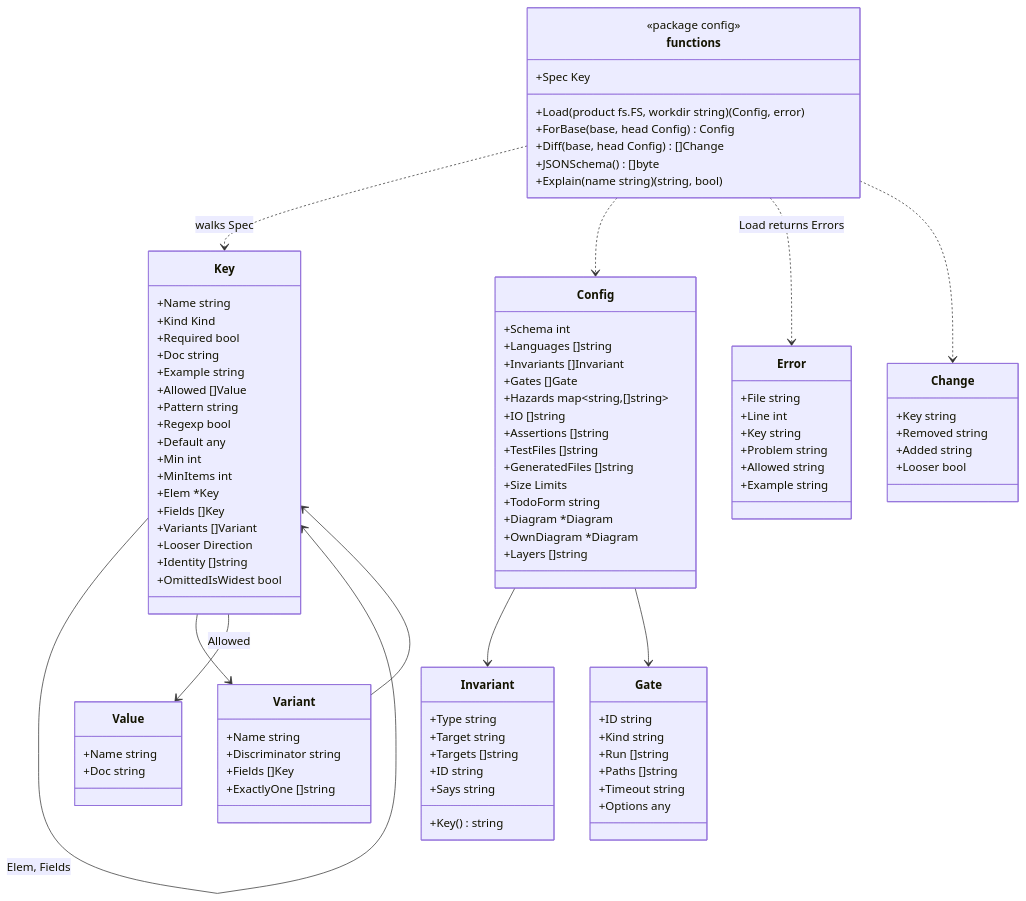
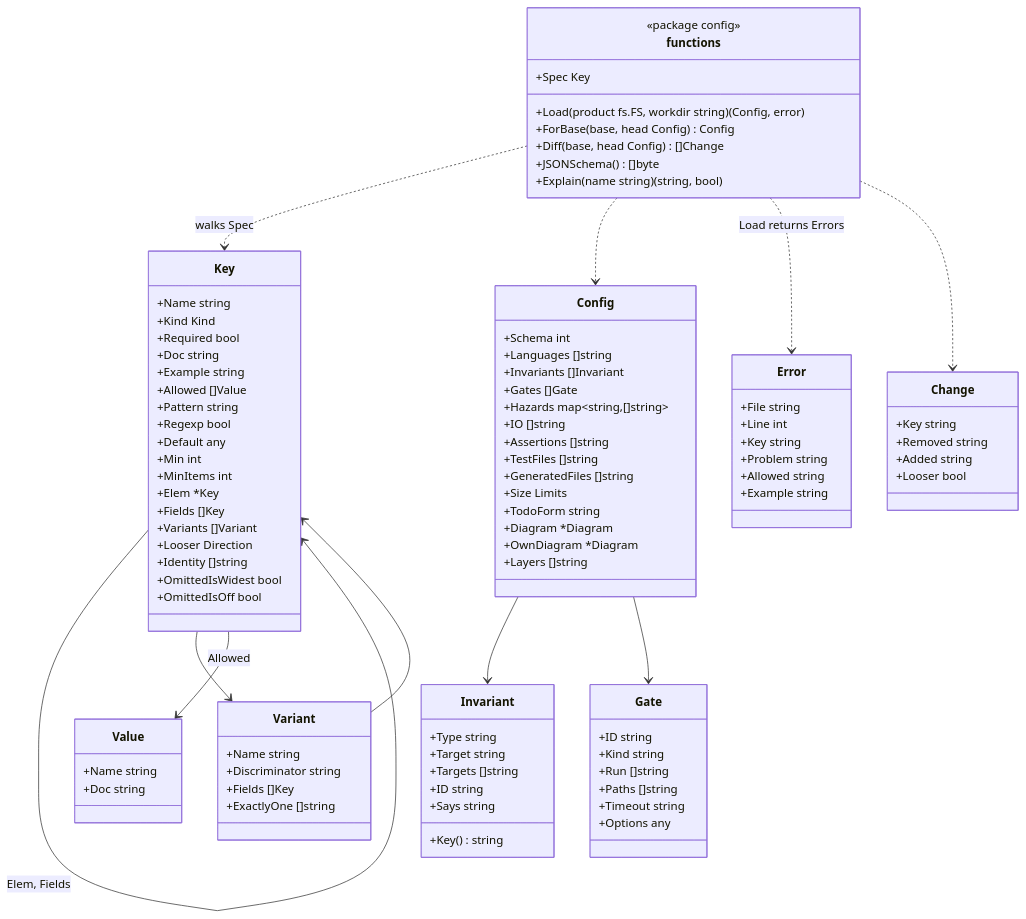
Before and after one commit to rerorets/hadome: the diagram in docs/design/configuration.md, drawn with Mermaid. The commit also changed other lines of this file and 6 other files, not shown here.

```diff
--- a/docs/design/configuration.md
+++ b/docs/design/configuration.md
@@ -158,6 +158,7 @@
     +Looser Direction
     +Identity []string
     +OmittedIsWidest bool
+    +OmittedIsOff bool
   }
   class Variant {
     +Name string
```
